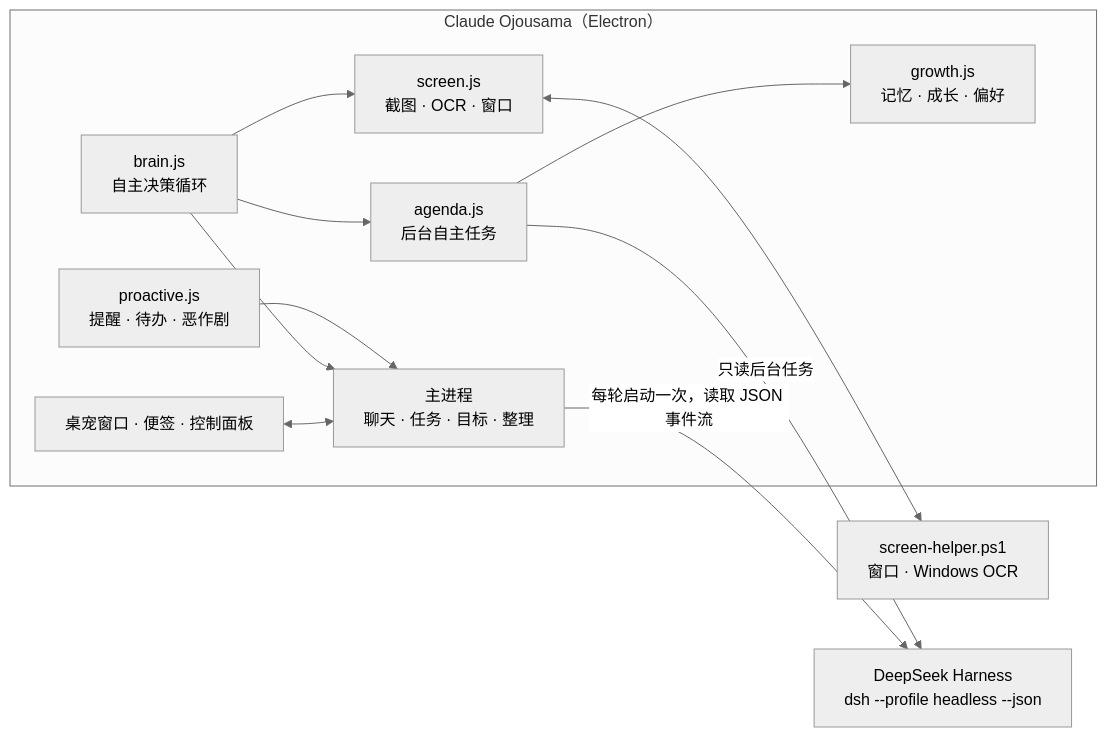
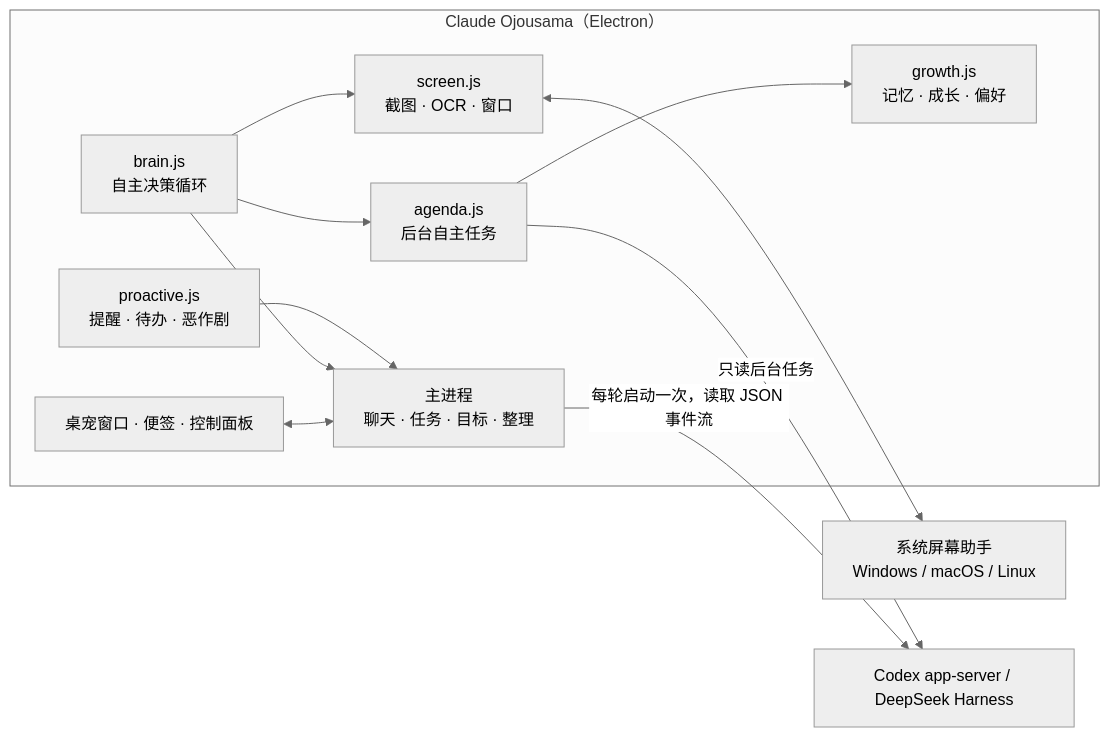
One commit to Last-emo-boy/claude-ojousama changed the diagram in README.md. Above: the diagram before and after it, drawn with Mermaid (neutral theme). The commit also changed other lines of this file and 33 other files, not shown here.

````diff
--- a/README.md
+++ b/README.md
@@ -177,23 +202,23 @@
 ```mermaid
 flowchart LR
   subgraph Pet["Claude Ojousama（Electron）"]
     R["桌宠窗口 · 便签 · 控制面板"]
     M["主进程<br/>聊天 · 任务 · 目标 · 整理"]
     B["brain.js<br/>自主决策循环"]
     P["proactive.js<br/>提醒 · 待办 · 恶作剧"]
     A["agenda.js<br/>后台自主任务"]
     G["growth.js<br/>记忆 · 成长 · 偏好"]
     S["screen.js<br/>截图 · OCR · 窗口"]
   end
-  H["screen-helper.ps1<br/>窗口 · Windows OCR"]
-  D["DeepSeek Harness<br/>dsh --profile headless --json"]
+  H["系统屏幕助手<br/>Windows / macOS / Linux"]
+  D["Codex app-server / DeepSeek Harness"]
   R <--> M
   B --> M
   B --> A
   A --> G
   P --> M
   S <--> H
   B --> S
   M -- "每轮启动一次，读取 JSON 事件流" --> D
   A -- "只读后台任务" --> D
 ```
````
